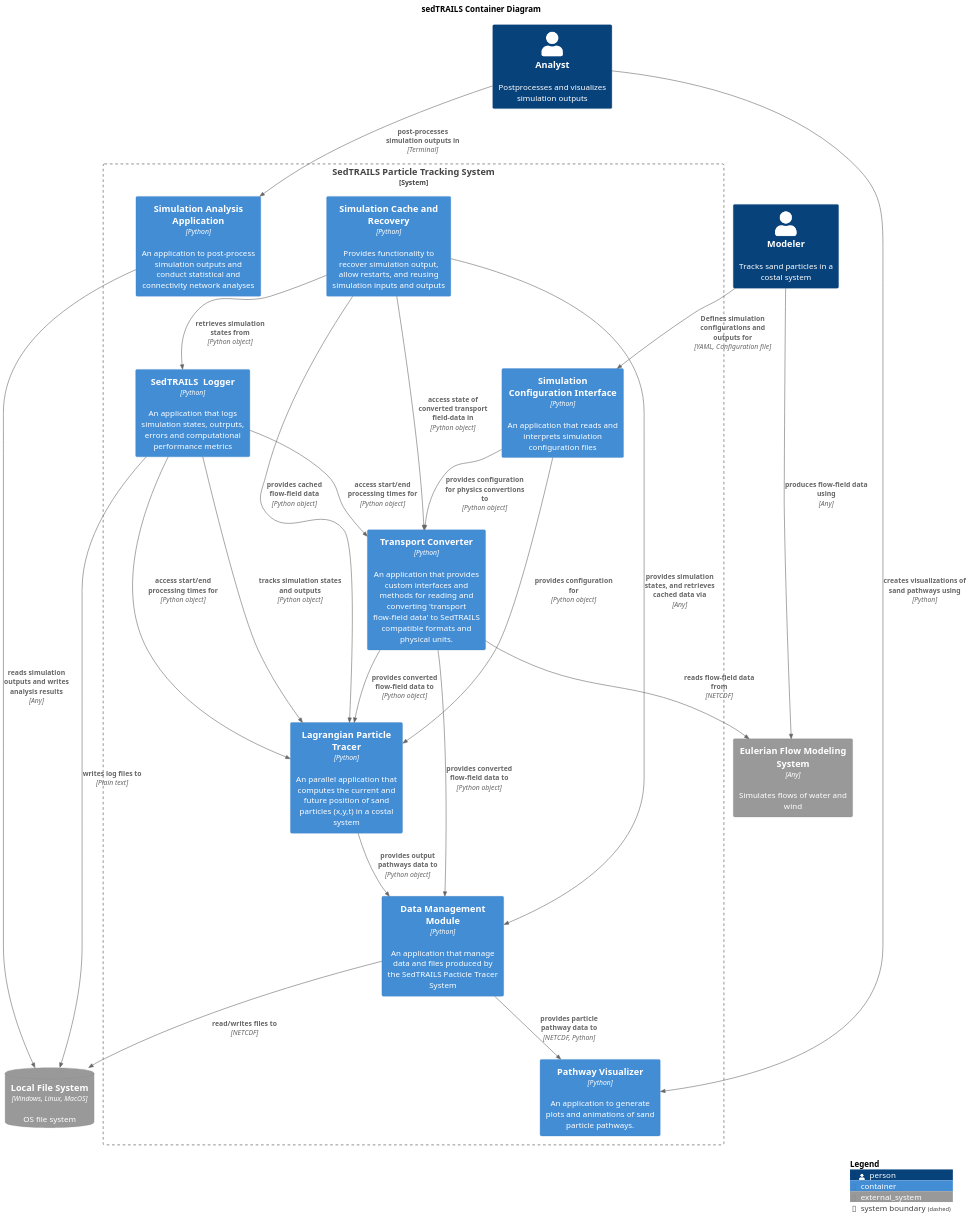
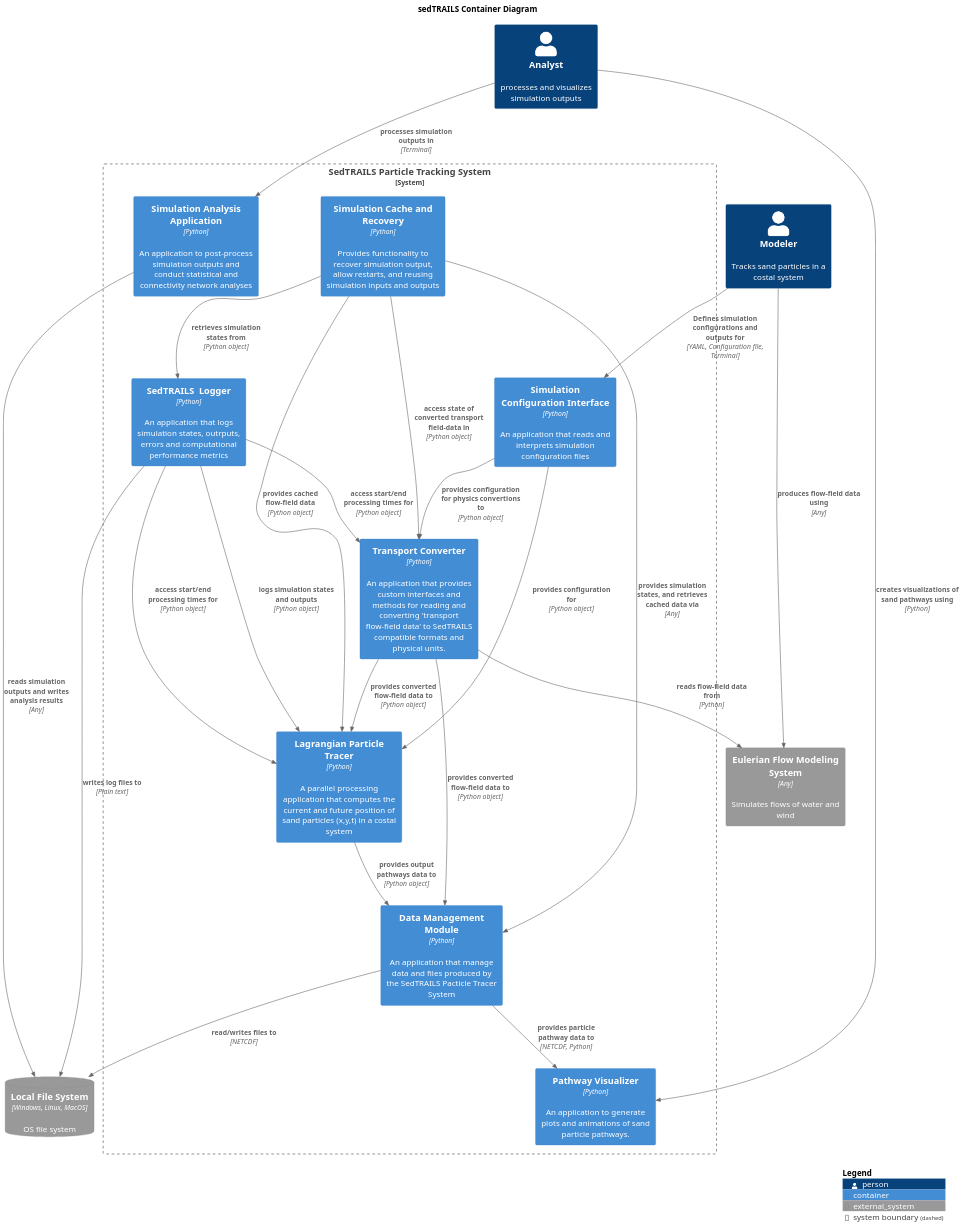
The diagram in diagrams/containers.puml (sgpearson17/sedtrails-sgp), drawn with PlantUML before and after one commit.

Commit message:
refactor: improve descriptions and relationships in containers.puml

```diff
--- a/diagrams/containers.puml
+++ b/diagrams/containers.puml
@@ -1,69 +1,52 @@
 @startuml SedtrailContainer
 !include ./c4/C4_Container.puml
 
 title sedTRAILS Container Diagram
 scale 1.5
 ' LAYOUT_LANDSCAPE()
 
 Person(modeler, "Modeler", "Tracks sand particles in a costal system")
-Person(analyst, "Analyst", "Postprocesses and visualizes simulation outputs")
+Person(analyst, "Analyst", "processes and visualizes simulation outputs")
 
 System_Boundary(sedtrailsSystem, "SedTRAILS Particle Tracking System"){ 
-    Container(sedtrailsTracer, "Lagrangian Particle Tracer", "Python", "An parallel application that computes the current and future position of sand particles (x,y,t) in a costal system")
-
+    Container(sedtrailsTracer, "Lagrangian Particle Tracer", "Python", "A parallel processing application that computes the current and future position of sand particles (x,y,t) in a costal system")
     Container(configInterface, "Simulation Configuration Interface", "Python", "An application that reads and interprets simulation configuration files")
-
     Container(sedtrailsLogger, "SedTRAILS  Logger", "Python", "An application that logs simulation states, outrputs, errors and computational performance metrics")
-
     Container(transportConverter, "Transport Converter", "Python", "An application that provides custom interfaces and methods for reading and converting 'transport flow-field data' to SedTRAILS compatible formats and physical units.")
-
     Container(pathwayVisualizer, "Pathway Visualizer", "Python", "An application to generate plots and animations of sand particle pathways.")
-
     Container(cache, "Simulation Cache and Recovery", "Python", "Provides functionality to recover simulation output, allow restarts, and reusing simulation inputs and outputs")
-
     Container(dataManager, "Data Management Module", "Python", "An application that manage data and files produced by the SedTRAILS Pacticle Tracer System")
-
     Container(analystApp, "Simulation Analysis Application", "Python", "An application to post-process simulation outputs and conduct statistical and connectivity network analyses")
 
     Rel(sedtrailsLogger, transportConverter, "access start/end processing times for", "Python object")
-
     Rel(cache, sedtrailsLogger, "retrieves simulation states from", "Python object")
-
     Rel(sedtrailsLogger, sedtrailsTracer, "access start/end processing times for", "Python object")
- 
     Rel(transportConverter, sedtrailsTracer, "provides converted flow-field data to", "Python object")
-
-    Rel(sedtrailsLogger, sedtrailsTracer, "tracks simulation states and outputs", "Python object")
-
+    Rel(sedtrailsLogger, sedtrailsTracer, "logs simulation states and outputs", "Python object")
     Rel(cache, sedtrailsTracer, "provides cached flow-field data", "Python object")
-
-
     Rel(cache, transportConverter, "access state of converted transport field-data in", "Python object")
-
     Rel(configInterface, transportConverter, "provides configuration for physics convertions to", "Python object")
     Rel(configInterface, sedtrailsTracer, "provides configuration for", "Python object")
     Rel(sedtrailsTracer, dataManager, "provides output pathways data to", "Python object")
-
     Rel(transportConverter, dataManager, "provides converted flow-field data to", "Python object") 
     Rel(cache, dataManager, "provides simulation states, and retrieves cached data via", "Any") 
-
     Rel(dataManager, pathwayVisualizer, "provides particle pathway data to", "NETCDF, Python")
 }
 System_Ext(flowSystem, "Eulerian Flow Modeling System", "Simulates flows of water and wind", $type="Any")
 
 SystemDb_Ext(fileSystem, "Local File System", "OS file system", $type="Windows, Linux, MacOS")
 
 Rel(dataManager, fileSystem, "read/writes files to", "NETCDF")
-Rel(modeler, configInterface, "Defines simulation configurations and outputs for", "YAML, Configuration file")
+Rel(modeler, configInterface, "Defines simulation configurations and outputs for", "YAML, Configuration file, Terminal")
 
 Rel(analyst, pathwayVisualizer, "creates visualizations of sand pathways using", "Python")
-Rel(analyst, analystApp, "post-processes simulation outputs in", "Terminal")
+Rel(analyst, analystApp, "processes simulation outputs in", "Terminal")
 Rel(analystApp, fileSystem, "reads simulation outputs and writes analysis results", "Any")
 
 Rel(sedtrailsLogger, fileSystem, "writes log files to", "Plain text")
 
 Rel(modeler, flowSystem, "produces flow-field data using", "Any")
-Rel(transportConverter, flowSystem, "reads flow-field data from", "NETCDF")
+Rel(transportConverter, flowSystem, "reads flow-field data from", "Python")
 
 SHOW_LEGEND()
 @enduml
```
